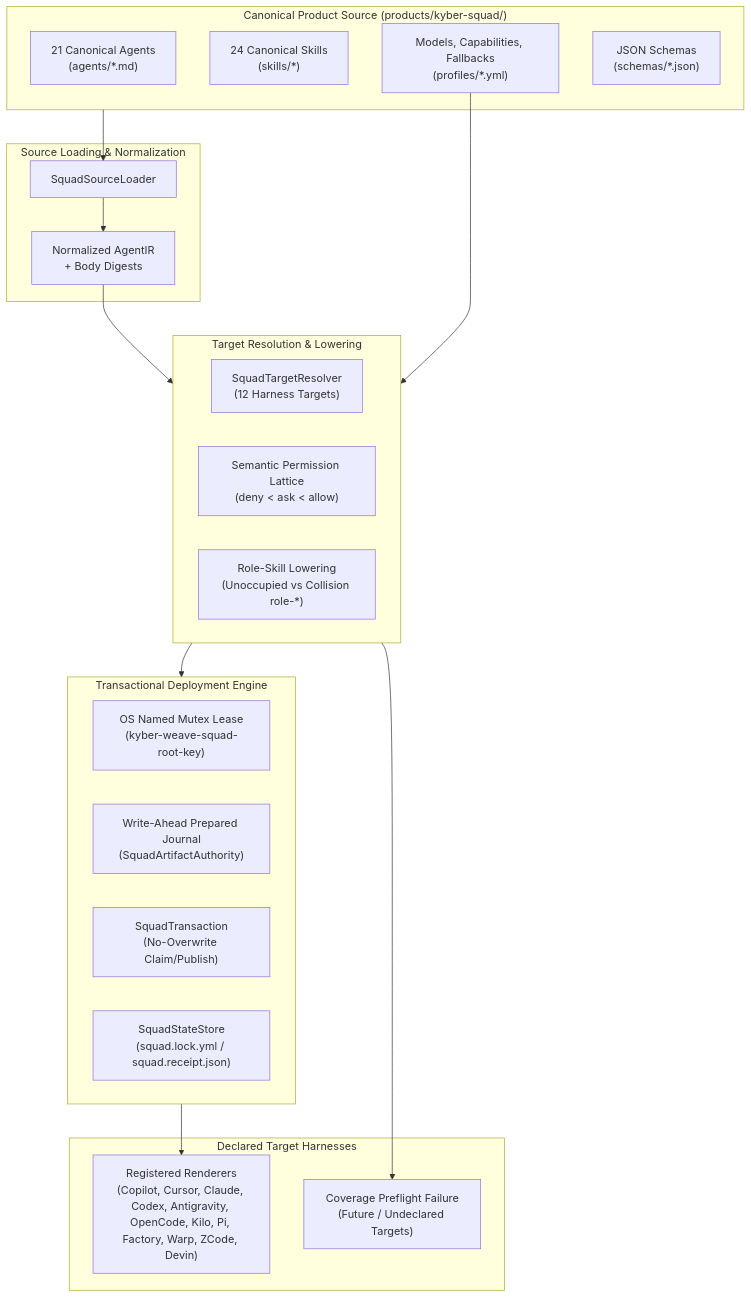
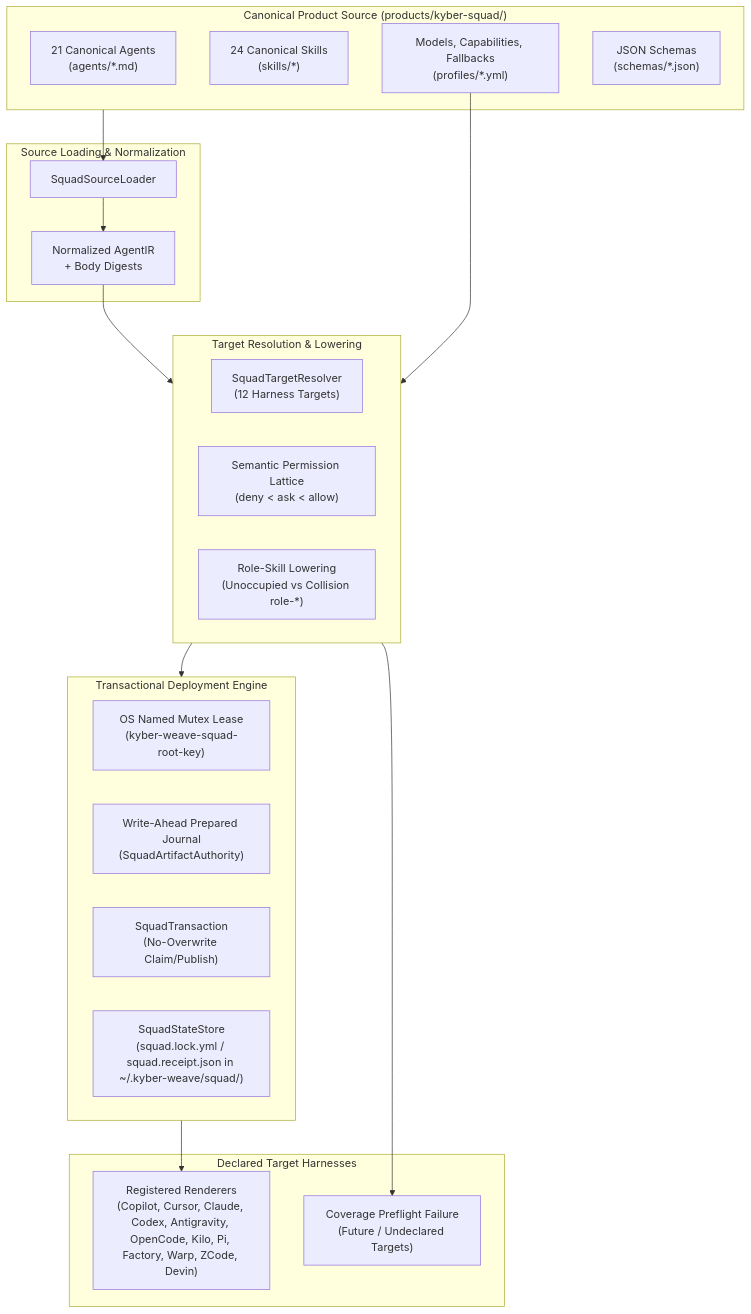
One commit to dpalfery/kyber-weave changed the first of 6 diagrams in docs/kyber-squad/architecture.md. Above: the diagram before and after it, drawn with Mermaid. The commit also changed other lines of this file and 6 other files, not shown here.

````diff
--- a/docs/kyber-squad/architecture.md
+++ b/docs/kyber-squad/architecture.md
@@ -58,40 +63,40 @@
 ```mermaid
 flowchart TD
     subgraph CanonicalSource["Canonical Product Source (products/kyber-squad/)"]
         Agents["21 Canonical Agents\n(agents/*.md)"]
         Skills["24 Canonical Skills\n(skills/*)"]
         Profiles["Models, Capabilities, Fallbacks\n(profiles/*.yml)"]
         Schemas["JSON Schemas\n(schemas/*.json)"]
     end
 
     subgraph Loader["Source Loading & Normalization"]
         SquadSourceLoader["SquadSourceLoader"]
         AgentIR["Normalized AgentIR\n+ Body Digests"]
     end
 
     subgraph Compiler["Target Resolution & Lowering"]
         SquadTargetResolver["SquadTargetResolver\n(12 Harness Targets)"]
         Lattice["Semantic Permission Lattice\n(deny < ask < allow)"]
         Lowering["Role-Skill Lowering\n(Unoccupied vs Collision role-*)"]
     end
 
     subgraph DeploymentEngine["Transactional Deployment Engine"]
         Mutex["OS Named Mutex Lease\n(kyber-weave-squad-root-key)"]
         Journal["Write-Ahead Prepared Journal\n(SquadArtifactAuthority)"]
         Transaction["SquadTransaction\n(No-Overwrite Claim/Publish)"]
-        StateStore["SquadStateStore\n(squad.lock.yml / squad.receipt.json)"]
+        StateStore["SquadStateStore\n(squad.lock.yml / squad.receipt.json in ~/.kyber-weave/squad/)"]
     end
 
     subgraph TargetHarnesses["Declared Target Harnesses"]
         RegisteredTargets["Registered Renderers\n(Copilot, Cursor, Claude, Codex, Antigravity, OpenCode, Kilo, Pi, Factory, Warp, ZCode, Devin)"]
         UnsupportedTargets["Coverage Preflight Failure\n(Future / Undeclared Targets)"]
     end
 
     CanonicalSource --> SquadSourceLoader
     SquadSourceLoader --> AgentIR
     AgentIR --> Compiler
     Profiles --> Compiler
     Compiler --> DeploymentEngine
     DeploymentEngine --> RegisteredTargets
     Compiler --> UnsupportedTargets
 ```
````
